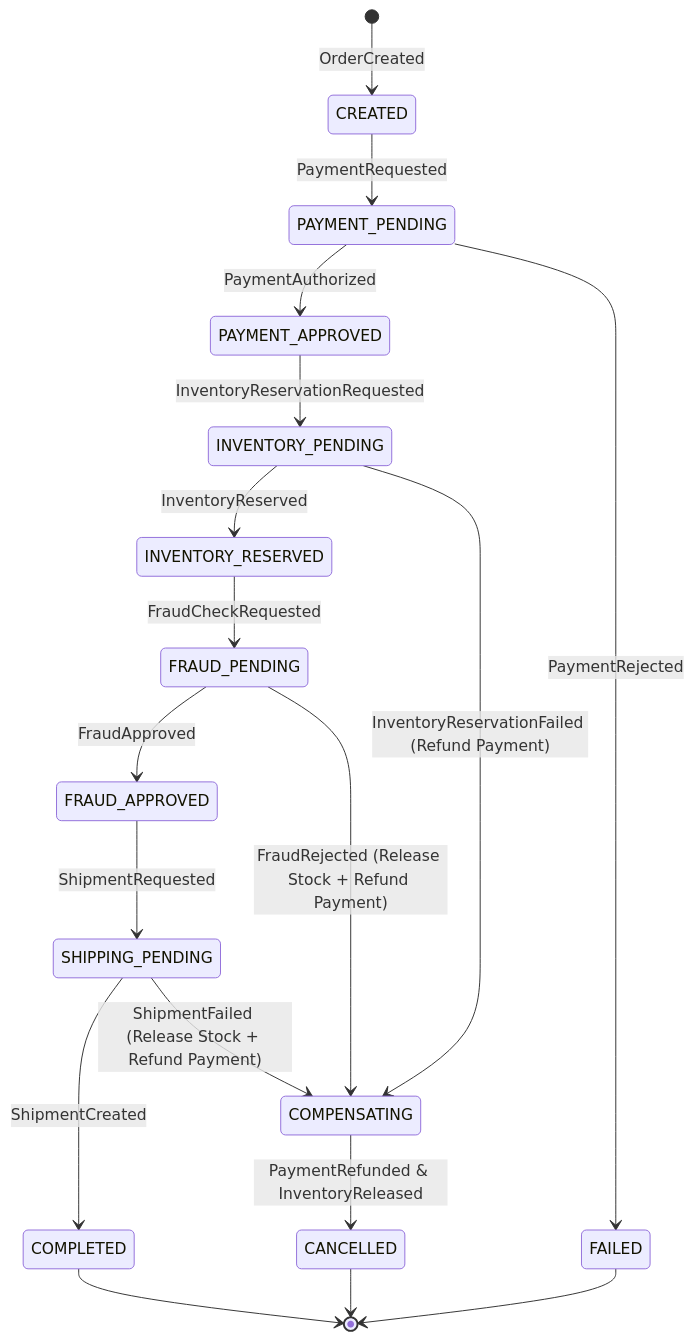
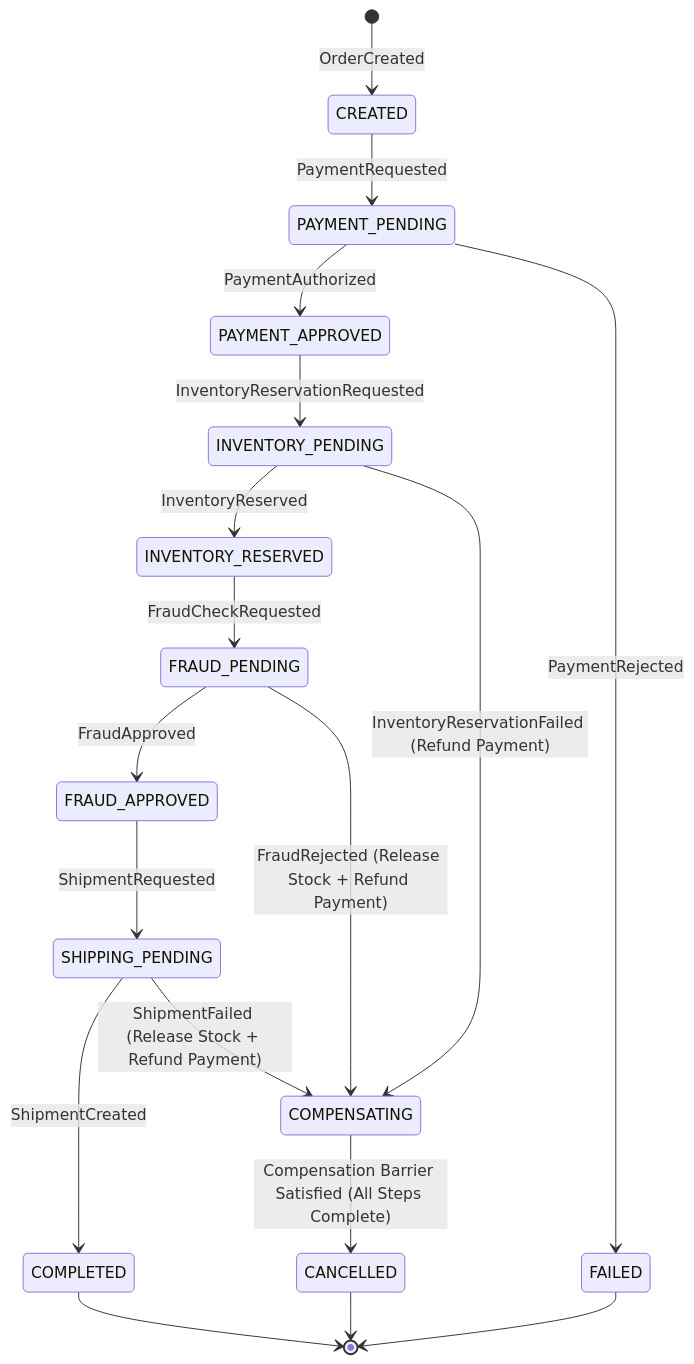
Before and after one commit to GiovaniRodrigo/event-driven-kafka: the diagram in docs/06_SAGA.md, drawn with Mermaid. The commit also changed other lines of this file and 20 other files, not shown here.

Commit message:
feat(resilience): distributed failure verification, outbox worker leases, saga compensation barrier and deterministic replay

````diff
--- a/docs/06_SAGA.md
+++ b/docs/06_SAGA.md
@@ -21,25 +21,25 @@
 ```mermaid
 stateDiagram-v2
     [*] --> CREATED: OrderCreated
     CREATED --> PAYMENT_PENDING: PaymentRequested
     
     PAYMENT_PENDING --> PAYMENT_APPROVED: PaymentAuthorized
     PAYMENT_PENDING --> FAILED: PaymentRejected
     
     PAYMENT_APPROVED --> INVENTORY_PENDING: InventoryReservationRequested
     INVENTORY_PENDING --> INVENTORY_RESERVED: InventoryReserved
     INVENTORY_PENDING --> COMPENSATING: InventoryReservationFailed (Refund Payment)
     
     INVENTORY_RESERVED --> FRAUD_PENDING: FraudCheckRequested
     FRAUD_PENDING --> FRAUD_APPROVED: FraudApproved
     FRAUD_PENDING --> COMPENSATING: FraudRejected (Release Stock + Refund Payment)
     
     FRAUD_APPROVED --> SHIPPING_PENDING: ShipmentRequested
     SHIPPING_PENDING --> COMPLETED: ShipmentCreated
     SHIPPING_PENDING --> COMPENSATING: ShipmentFailed (Release Stock + Refund Payment)
     
-    COMPENSATING --> CANCELLED: PaymentRefunded & InventoryReleased
+    COMPENSATING --> CANCELLED: Compensation Barrier Satisfied (All Steps Complete)
     COMPLETED --> [*]
     CANCELLED --> [*]
     FAILED --> [*]
 ```
````
